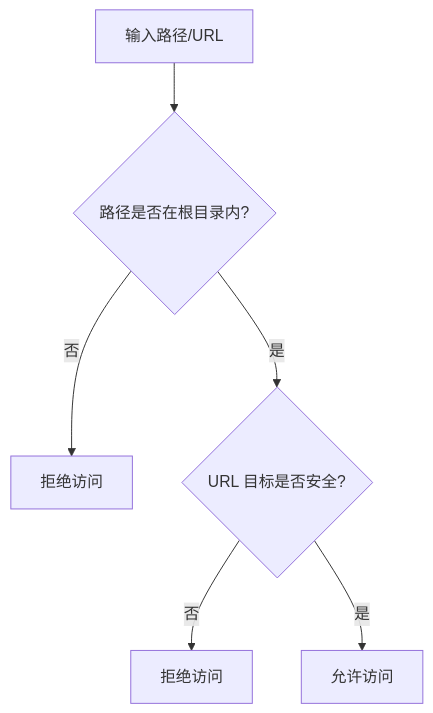
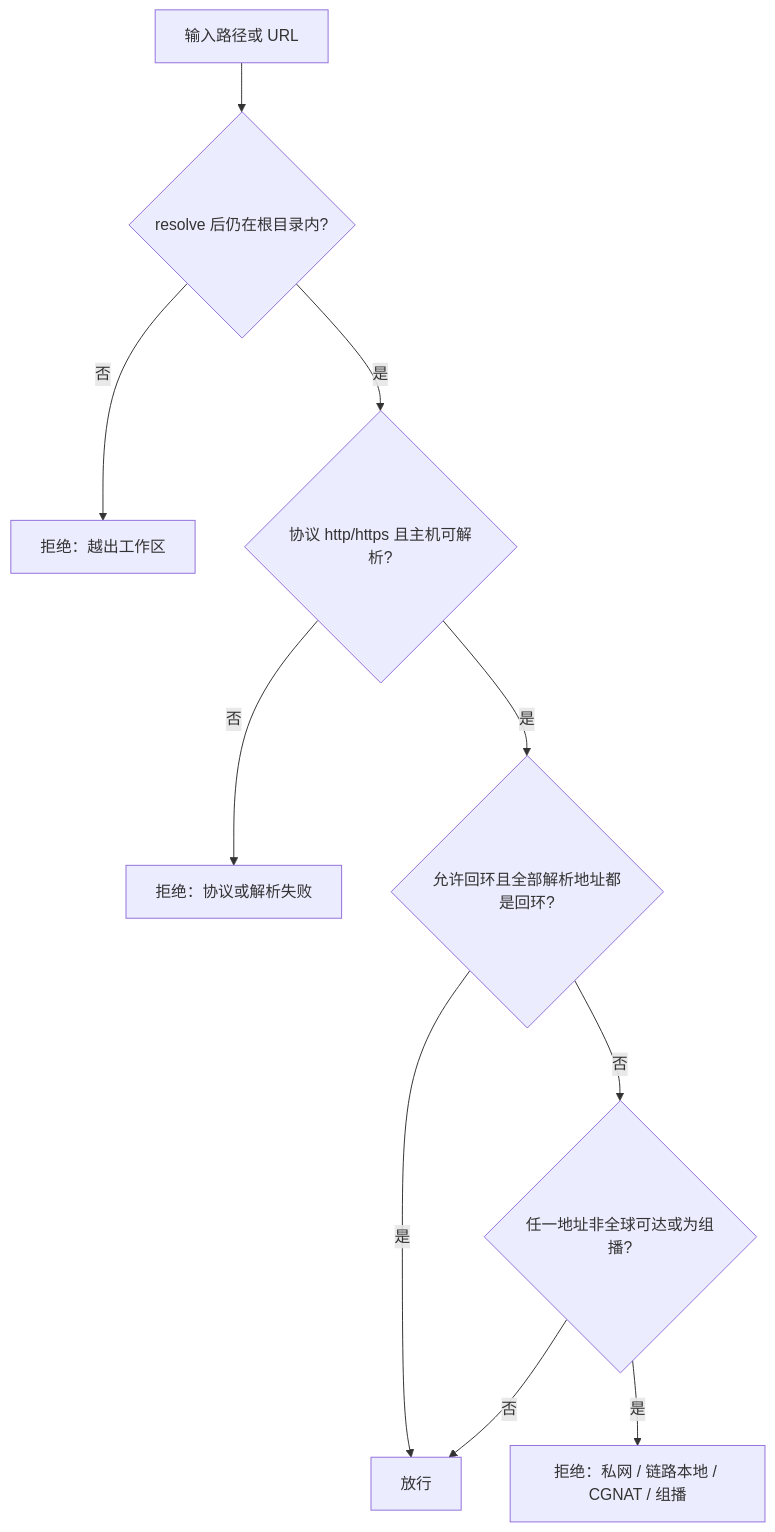
Before and after one commit to hjfire/vibe-trading-fw: the sixth of 7 diagrams in repowiki/topics/安全与治理/认证与授权.md, drawn with Mermaid. The commit also changed other lines of this file and 5 other files, not shown here.

````diff
--- a/repowiki/topics/安全与治理/认证与授权.md
+++ b/repowiki/topics/安全与治理/认证与授权.md
@@ -290,8 +362,12 @@
 ```mermaid
 flowchart TD
-A["输入路径/URL"] --> B{"路径是否在根目录内?"}
-B --> |否| DenyPath["拒绝访问"]
-B --> |是| C{"URL 目标是否安全?"}
-C --> |否| DenyURL["拒绝访问"]
-C --> |是| Allow["允许访问"]
+A["输入路径或 URL"] --> B{"resolve 后仍在根目录内?"}
+B --> |否| DenyPath["拒绝：越出工作区"]
+B --> |是| C{"协议 http/https 且主机可解析?"}
+C --> |否| DenyURL["拒绝：协议或解析失败"]
+C --> |是| D{"允许回环且全部解析地址都是回环?"}
+D --> |是| Allow["放行"]
+D --> |否| E{"任一地址非全球可达或为组播?"}
+E --> |是| DenyIP["拒绝：私网 / 链路本地 / CGNAT / 组播"]
+E --> |否| Allow
 ```
````
